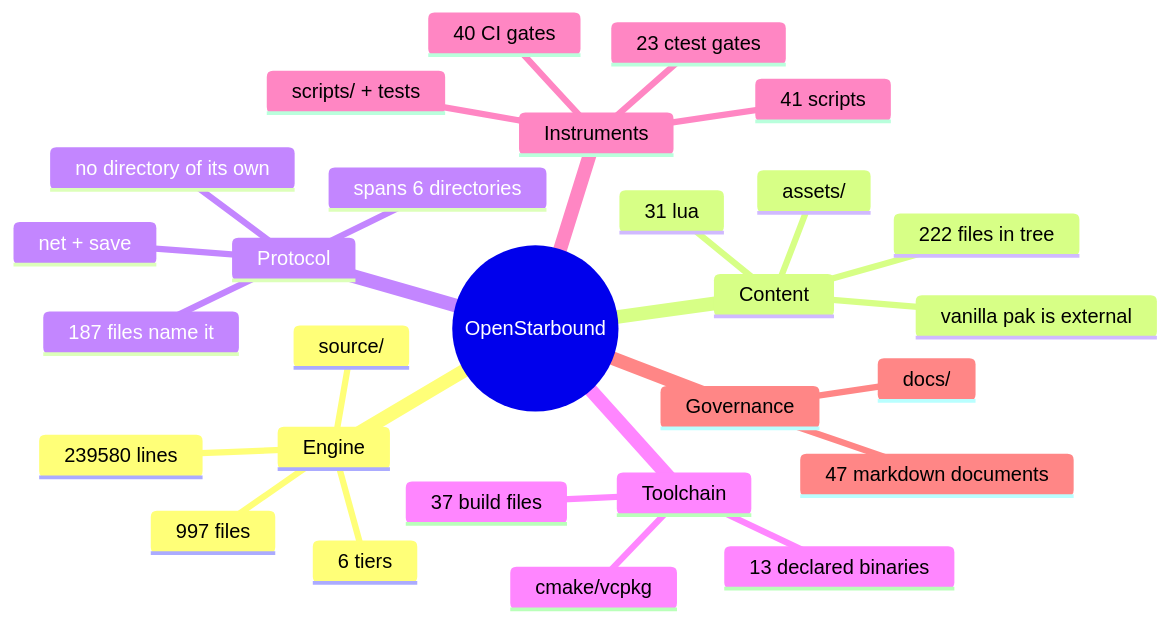
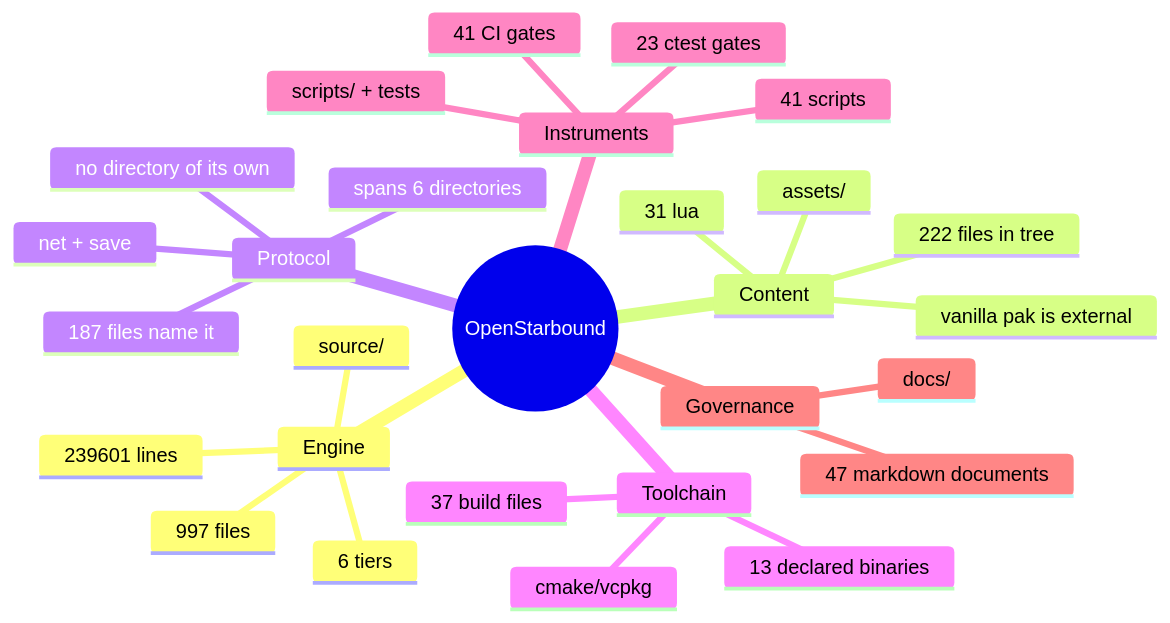
The second of 11 diagrams in docs/architecture/system-boundaries.md (apnex/OpenStarbound), drawn with Mermaid before and after one commit. The commit also changed other lines of this file and 6 other files, not shown here.

````diff
--- a/docs/architecture/system-boundaries.md
+++ b/docs/architecture/system-boundaries.md
@@ -166,31 +166,31 @@
 ```mermaid
 mindmap
   root((OpenStarbound))
     Engine
       source/
       997 files
-      239580 lines
+      239601 lines
       6 tiers
     Content
       assets/
       222 files in tree
       31 lua
       vanilla pak is external
     Protocol
       net + save
       187 files name it
       spans 6 directories
       no directory of its own
     Toolchain
       cmake/vcpkg
       37 build files
       13 declared binaries
     Instruments
       scripts/ + tests
       41 scripts
       23 ctest gates
-      40 CI gates
+      41 CI gates
     Governance
       docs/
       47 markdown documents
 ```
````
